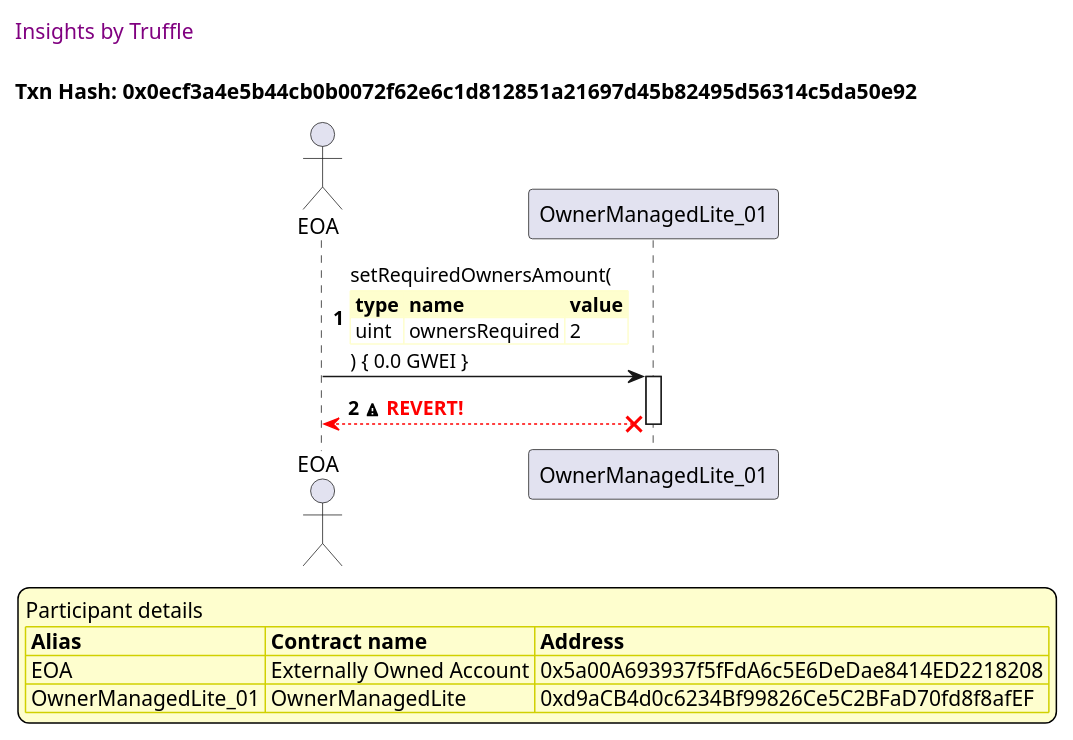
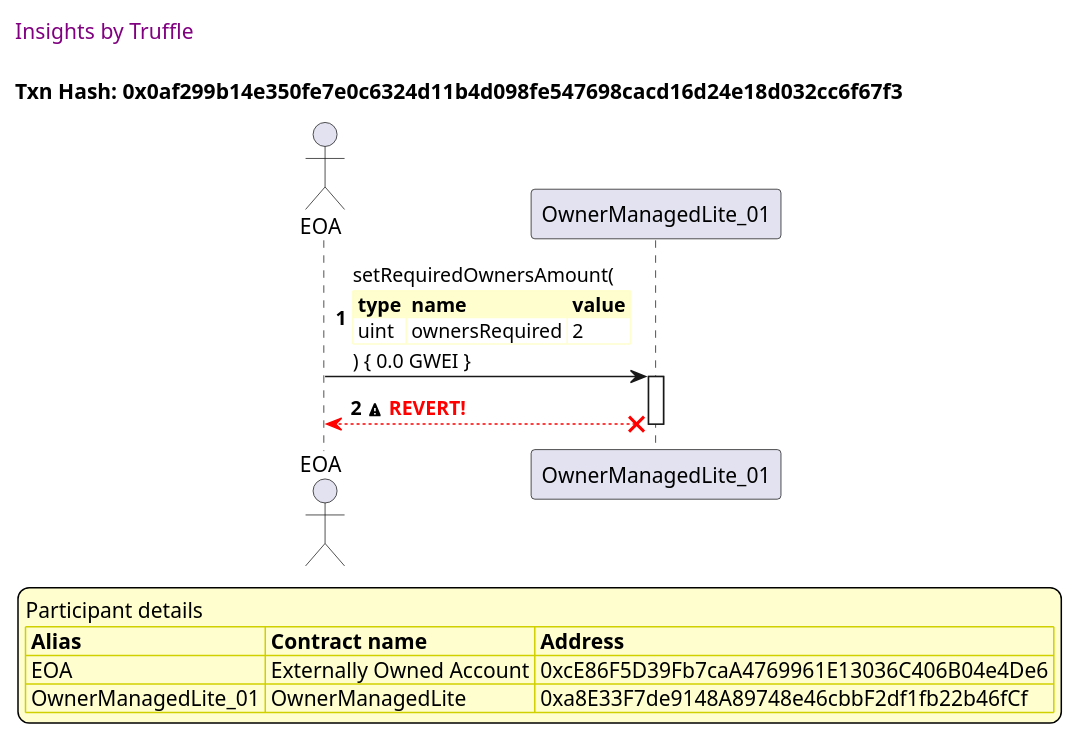
The sixth of 28 diagrams in truffle-seq/OwnerManagedLite_test_required_owners_amount.md (thedarkjester/ConsensysAssignment), drawn with PlantUML before and after one commit. The commit also changed other lines of this file and 13 other files, not shown here.

````diff
--- a/truffle-seq/OwnerManagedLite_test_required_owners_amount.md
+++ b/truffle-seq/OwnerManagedLite_test_required_owners_amount.md
@@ -247,41 +247,41 @@
 ```plantuml
 
 
 @startuml
 
 autonumber
 skinparam legendBackgroundColor #FEFECE
 
 <style>
       header {
         HorizontalAlignment left
         FontColor purple
         FontSize 14
         Padding 10
       }
     </style>
 
 header Insights by Truffle
 
-title Txn Hash: 0x0ecf3a4e5b44cb0b0072f62e6c1d812851a21697d45b82495d56314c5da50e92
+title Txn Hash: 0x0af299b14e350fe7e0c6324d11b4d098fe547698cacd16d24e18d032cc6f67f3
 
 
 actor EOA as "EOA"
 participant OwnerManagedLite_01 as "OwnerManagedLite_01"
 
 "EOA" -> "OwnerManagedLite_01" ++: setRequiredOwnersAmount(\n\
 <#FEFECE,#FEFECE>|= type |= name |= value |\n\
 | uint | ownersRequired | 2 |\n\
 ) { 0.0 GWEI }
 "OwnerManagedLite_01" x-[#red]-> "EOA" --: <&warning> <color #red>**REVERT!**</color>
 deactivate "OwnerManagedLite_01"
 
 legend
 Participant details
 <#FEFECE,#D0D000>|= Alias |= Contract name |= Address |
-<#FEFECE>| EOA | Externally Owned Account | 0x5a00A693937f5fFdA6c5E6DeDae8414ED2218208 |
-<#FEFECE>| OwnerManagedLite_01 | OwnerManagedLite | 0xd9aCB4d0c6234Bf99826Ce5C2BFaD70fd8f8afEF |
+<#FEFECE>| EOA | Externally Owned Account | 0xcE86F5D39Fb7caA4769961E13036C406B04e4De6 |
+<#FEFECE>| OwnerManagedLite_01 | OwnerManagedLite | 0xa8E33F7de9148A89748e46cbbF2df1fb22b46fCf |
 endlegend
 
 @enduml
 ```
````
